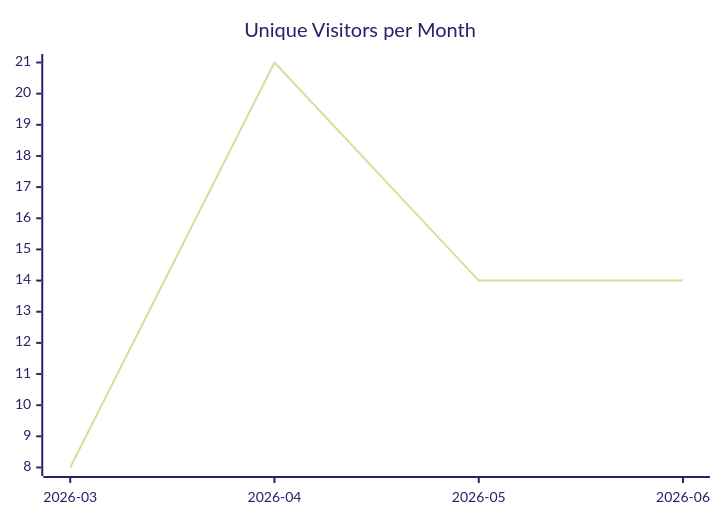
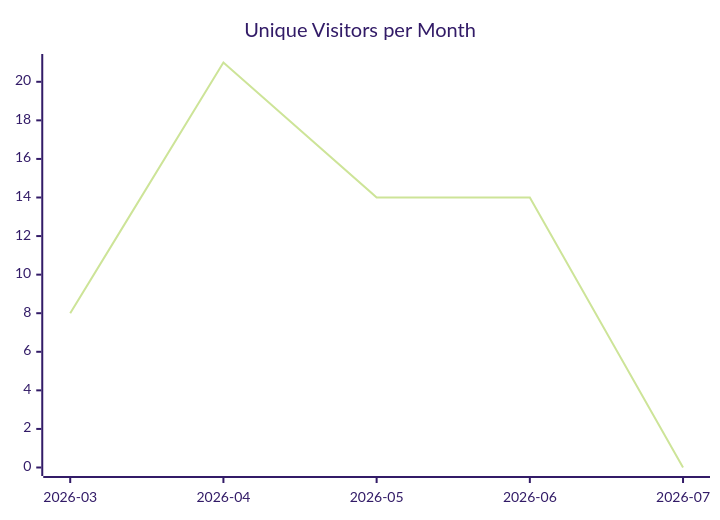
The first of 3 diagrams in karlmdavis/ksoap2-android/README.md (justdavis-family/github-analytics-data), drawn with Mermaid (forest theme) before and after one commit. The commit also changed other lines of this file and 199 other files, not shown here.

````diff
--- a/karlmdavis/ksoap2-android/README.md
+++ b/karlmdavis/ksoap2-android/README.md
@@ -5,6 +5,6 @@
 ```mermaid
 xychart-beta
   title "Unique Visitors per Month"
-  x-axis ["2026-03", "2026-04", "2026-05", "2026-06"]
-  line [8, 21, 14, 14]
+  x-axis ["2026-03", "2026-04", "2026-05", "2026-06", "2026-07"]
+  line [8, 21, 14, 14, 0]
 ```
````
